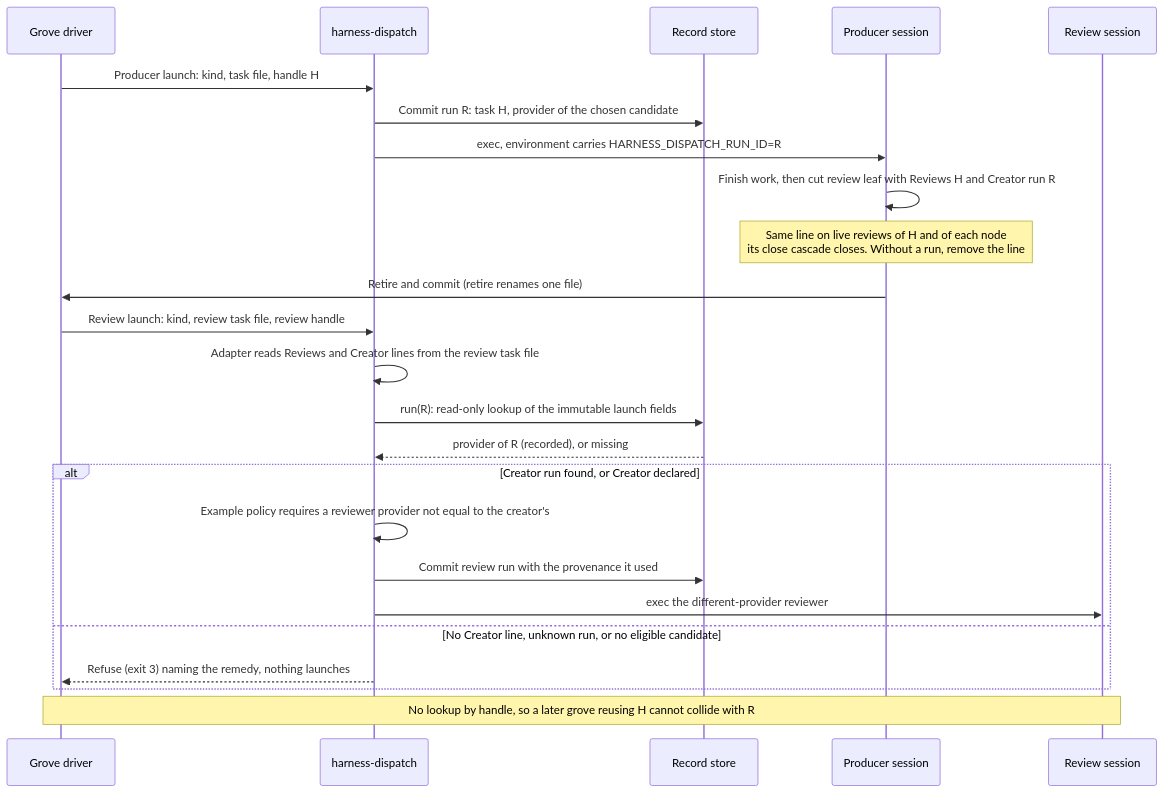
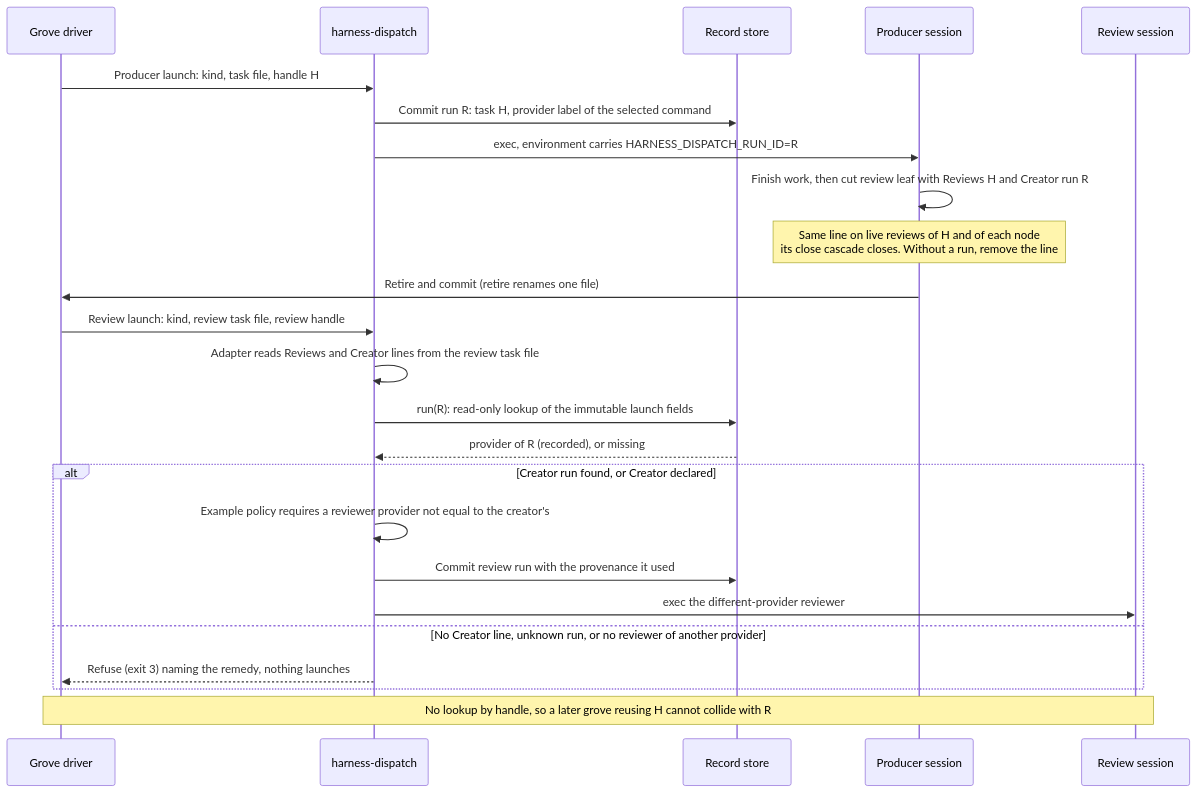
The diagram in docs/design/harness-selection-and-execution/creator-flow.mmd (Linkuistics/grove), drawn with Mermaid before and after one commit. The commit also changed 20 other files, not shown here.

```diff
--- a/docs/design/harness-selection-and-execution/creator-flow.mmd
+++ b/docs/design/harness-selection-and-execution/creator-flow.mmd
@@ -1,24 +1,24 @@
 sequenceDiagram
   participant G as Grove driver
   participant D as harness-dispatch
   participant S as Record store
   participant P as Producer session
   participant V as Review session
   G->>D: Producer launch: kind, task file, handle H
-  D->>S: Commit run R: task H, provider of the chosen candidate
+  D->>S: Commit run R: task H, provider label of the selected command
   D->>P: exec, environment carries HARNESS_DISPATCH_RUN_ID=R
   P->>P: Finish work, then cut review leaf with Reviews H and Creator run R
   Note over P: Same line on live reviews of H and of each node<br/>its close cascade closes. Without a run, remove the line
   P->>G: Retire and commit (retire renames one file)
   G->>D: Review launch: kind, review task file, review handle
   D->>D: Adapter reads Reviews and Creator lines from the review task file
   D->>S: run(R): read-only lookup of the immutable launch fields
   S-->>D: provider of R (recorded), or missing
   alt Creator run found, or Creator declared
     D->>D: Example policy requires a reviewer provider not equal to the creator's
     D->>S: Commit review run with the provenance it used
     D->>V: exec the different-provider reviewer
-  else No Creator line, unknown run, or no eligible candidate
+  else No Creator line, unknown run, or no reviewer of another provider
     D-->>G: Refuse (exit 3) naming the remedy, nothing launches
   end
   Note over G,V: No lookup by handle, so a later grove reusing H cannot collide with R
```
